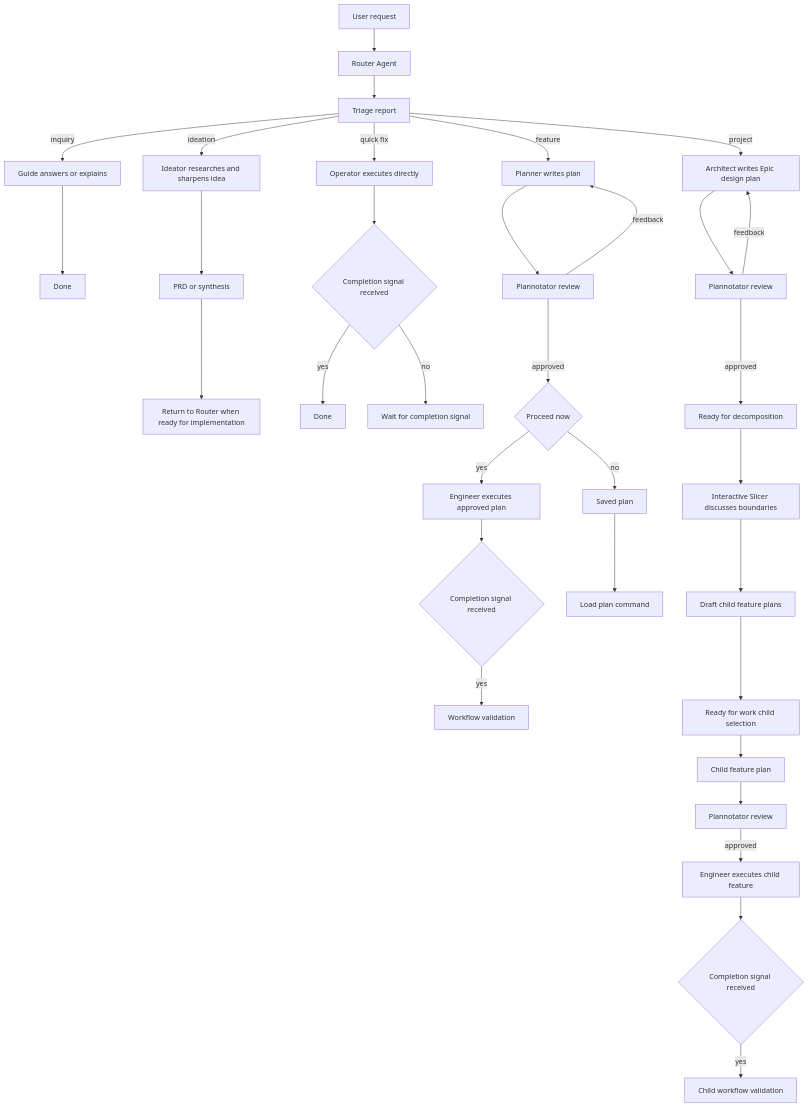
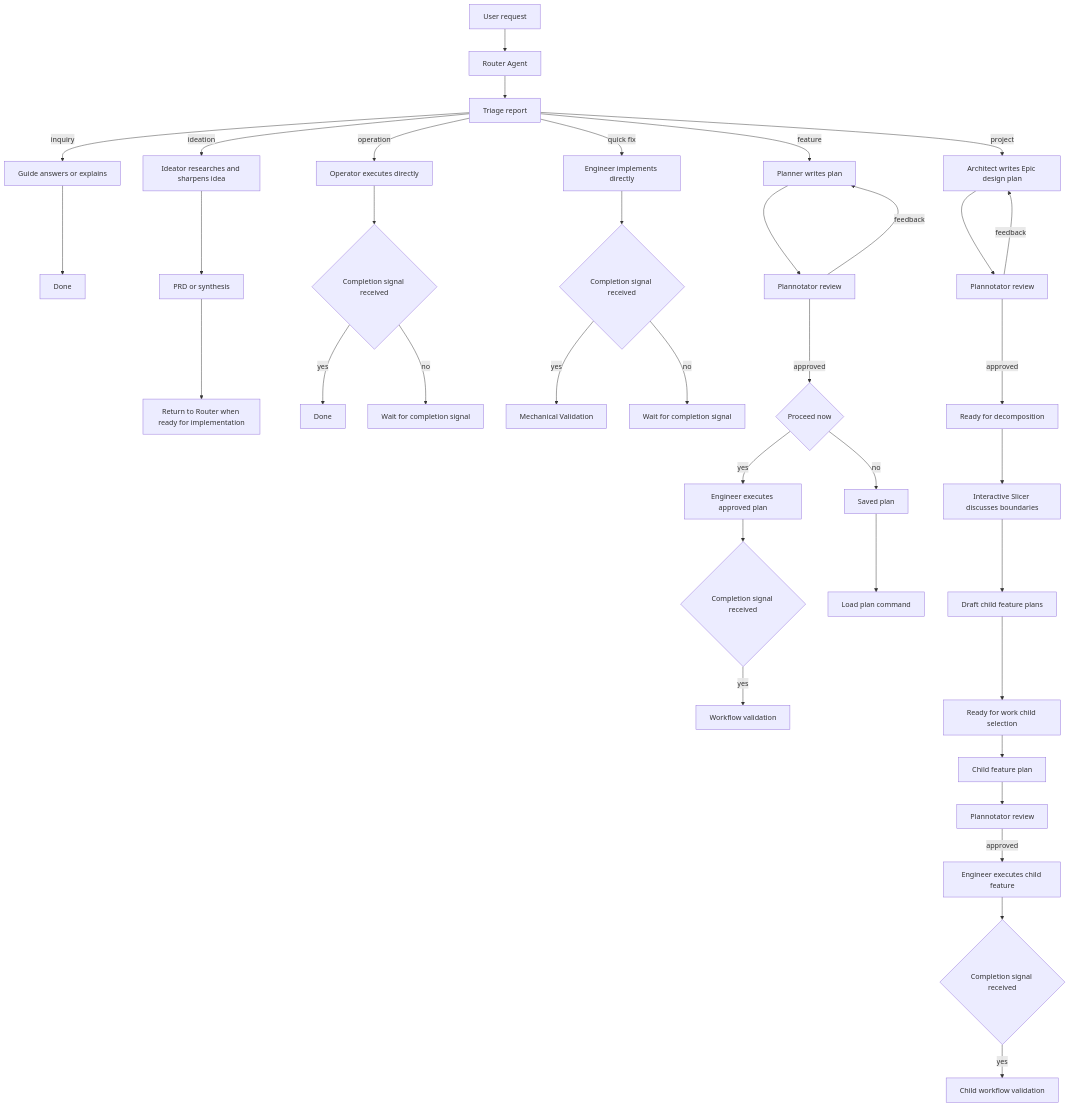
The diagram in README.md (gandazgul/harns), drawn with Mermaid before and after one commit. The commit also changed other lines of this file and 25 other files, not shown here.

````diff
--- a/README.md
+++ b/README.md
@@ -44,41 +44,46 @@
 ```mermaid
 graph TD
     U[User request] --> R[Router Agent]
     R --> TR[Triage report]
 
     TR -->|inquiry| G[Guide answers or explains]
     G --> GD[Done]
 
     TR -->|ideation| I[Ideator researches and sharpens idea]
     I --> IR[PRD or synthesis]
     IR --> R2[Return to Router when ready for implementation]
 
-    TR -->|quick fix| O[Operator executes directly]
+    TR -->|operation| O[Operator executes directly]
     O --> TC1{Completion signal received}
     TC1 -->|yes| QD[Done]
     TC1 -->|no| W1[Wait for completion signal]
+
+    TR -->|quick fix| QE[Engineer implements directly]
+    QE --> QTC{Completion signal received}
+    QTC -->|yes| QV[Mechanical Validation]
+    QTC -->|no| QW[Wait for completion signal]
 
     TR -->|feature| P[Planner writes plan]
     P --> PR[Plannotator review]
     PR -->|feedback| P
     PR -->|approved| PA{Proceed now}
     PA -->|yes| E[Engineer executes approved plan]
     PA -->|no| SP[Saved plan]
     E --> TC2{Completion signal received}
     TC2 -->|yes| V2[Workflow validation]
 
     TR -->|project| A[Architect writes Epic design plan]
     A --> PR2[Plannotator review]
     PR2 -->|feedback| A
     PR2 -->|approved| RD[Ready for decomposition]
     RD --> S[Interactive Slicer discusses boundaries]
     S --> CD[Draft child feature plans]
     CD --> RF[Ready for work child selection]
     RF --> CP[Child feature plan]
     CP --> PR3[Plannotator review]
     PR3 -->|approved| CE[Engineer executes child feature]
     CE --> TC3{Completion signal received}
     TC3 -->|yes| V3[Child workflow validation]
 
     SP --> LP[Load plan command]
 ```
````
